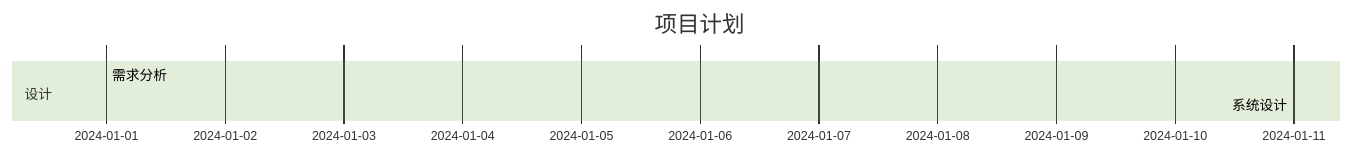
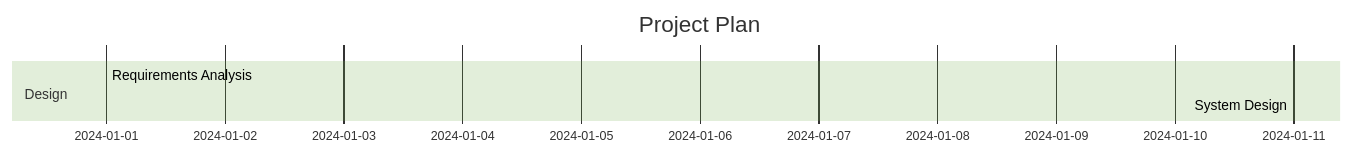
The fourth of 9 diagrams in README.md (onshinpei/react-markdown-mermaid), drawn with Mermaid (forest theme) before and after one commit. The commit also changed other lines of this file and 1 other file, not shown here.

````diff
--- a/README.md
+++ b/README.md
@@ -256,7 +251,7 @@
 ```mermaid
 gantt
-  title 项目计划
-  section 设计
-  需求分析 :done, des1, 2024-01-01, 2024-01-10
-  系统设计 :active, des2, 2024-01-11, 2024-01-25
+  title Project Plan
+  section Design
+  Requirements Analysis :done, des1, 2024-01-01, 2024-01-10
+  System Design :active, des2, 2024-01-11, 2024-01-25
 ```
````
